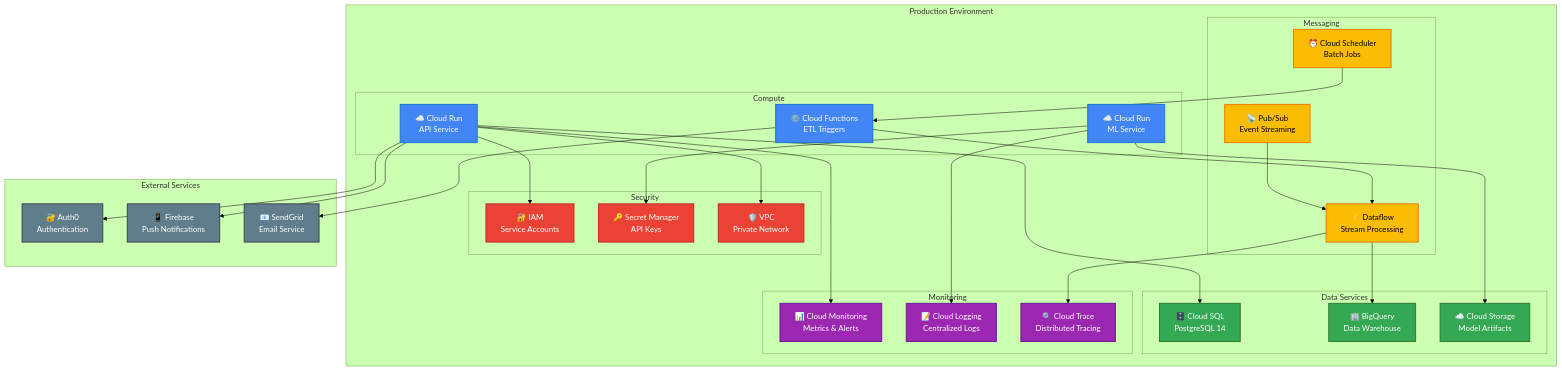
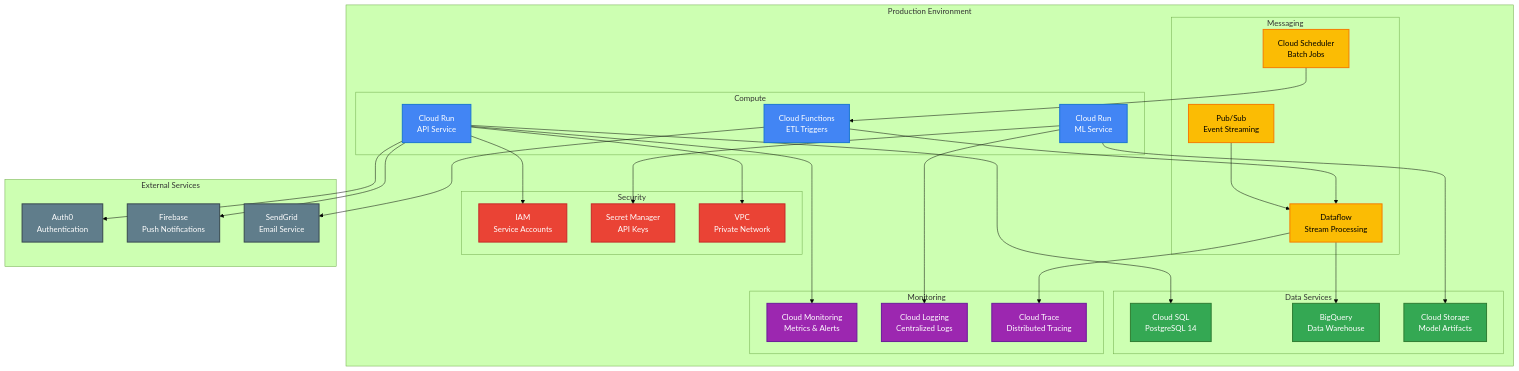
The ninth of 11 diagrams in docs/ARCHITECTURE.md (PriscillaOng12/Aegis), drawn with Mermaid (forest theme) before and after one commit. The commit also changed other lines of this file, not shown here.

````diff
--- a/docs/ARCHITECTURE.md
+++ b/docs/ARCHITECTURE.md
@@ -671,74 +671,74 @@
 ```mermaid
 graph TB
     subgraph "Production Environment"
         subgraph "Compute"
-            A1[☁️ Cloud Run<br/>API Service]
-            A2[☁️ Cloud Run<br/>ML Service]
-            A3[⚙️ Cloud Functions<br/>ETL Triggers]
+            A1[Cloud Run<br/>API Service]
+            A2[Cloud Run<br/>ML Service]
+            A3[Cloud Functions<br/>ETL Triggers]
         end
         
         subgraph "Data Services"
-            B1[🗄️ Cloud SQL<br/>PostgreSQL 14]
-            B2[🏢 BigQuery<br/>Data Warehouse]
-            B3[☁️ Cloud Storage<br/>Model Artifacts]
+            B1[Cloud SQL<br/>PostgreSQL 14]
+            B2[BigQuery<br/>Data Warehouse]
+            B3[Cloud Storage<br/>Model Artifacts]
         end
         
         subgraph "Messaging"
-            C1[📡 Pub/Sub<br/>Event Streaming]
-            C2[⚡ Dataflow<br/>Stream Processing]
-            C3[⏰ Cloud Scheduler<br/>Batch Jobs]
+            C1[Pub/Sub<br/>Event Streaming]
+            C2[Dataflow<br/>Stream Processing]
+            C3[Cloud Scheduler<br/>Batch Jobs]
         end
         
         subgraph "Security"
-            D1[🔐 IAM<br/>Service Accounts]
-            D2[🔑 Secret Manager<br/>API Keys]
-            D3[🛡️ VPC<br/>Private Network]
+            D1[IAM<br/>Service Accounts]
+            D2[Secret Manager<br/>API Keys]
+            D3[VPC<br/>Private Network]
         end
         
         subgraph "Monitoring"
-            E1[📊 Cloud Monitoring<br/>Metrics & Alerts]
-            E2[📝 Cloud Logging<br/>Centralized Logs]
-            E3[🔍 Cloud Trace<br/>Distributed Tracing]
+            E1[Cloud Monitoring<br/>Metrics & Alerts]
+            E2[Cloud Logging<br/>Centralized Logs]
+            E3[Cloud Trace<br/>Distributed Tracing]
         end
     end
     
     subgraph "External Services"
-        F1[🔐 Auth0<br/>Authentication]
-        F2[📱 Firebase<br/>Push Notifications]
-        F3[📧 SendGrid<br/>Email Service]
+        F1[Auth0<br/>Authentication]
+        F2[Firebase<br/>Push Notifications]
+        F3[SendGrid<br/>Email Service]
     end
     
     A1 --> B1
     A2 --> B3
     A3 --> C2
     
     C1 --> C2
     C2 --> B2
     C3 --> A3
     
     A1 --> D1
     A2 --> D2
     A1 --> D3
     
     A1 --> E1
     A2 --> E2
     C2 --> E3
     
     A1 --> F1
     A1 --> F2
     A3 --> F3
     
     classDef compute fill:#4285F4,color:#ffffff,stroke:#1976D2,stroke-width:2px
     classDef data fill:#34A853,color:#ffffff,stroke:#2E7D32,stroke-width:2px
     classDef messaging fill:#FBBC04,color:#000000,stroke:#F57C00,stroke-width:2px
     classDef security fill:#EA4335,color:#ffffff,stroke:#C62828,stroke-width:2px
     classDef monitoring fill:#9C27B0,color:#ffffff,stroke:#6A1B9A,stroke-width:2px
     classDef external fill:#607D8B,color:#ffffff,stroke:#37474F,stroke-width:2px
     
     class A1,A2,A3 compute
     class B1,B2,B3 data
     class C1,C2,C3 messaging
     class D1,D2,D3 security
     class E1,E2,E3 monitoring
     class F1,F2,F3 external
 ```
````
